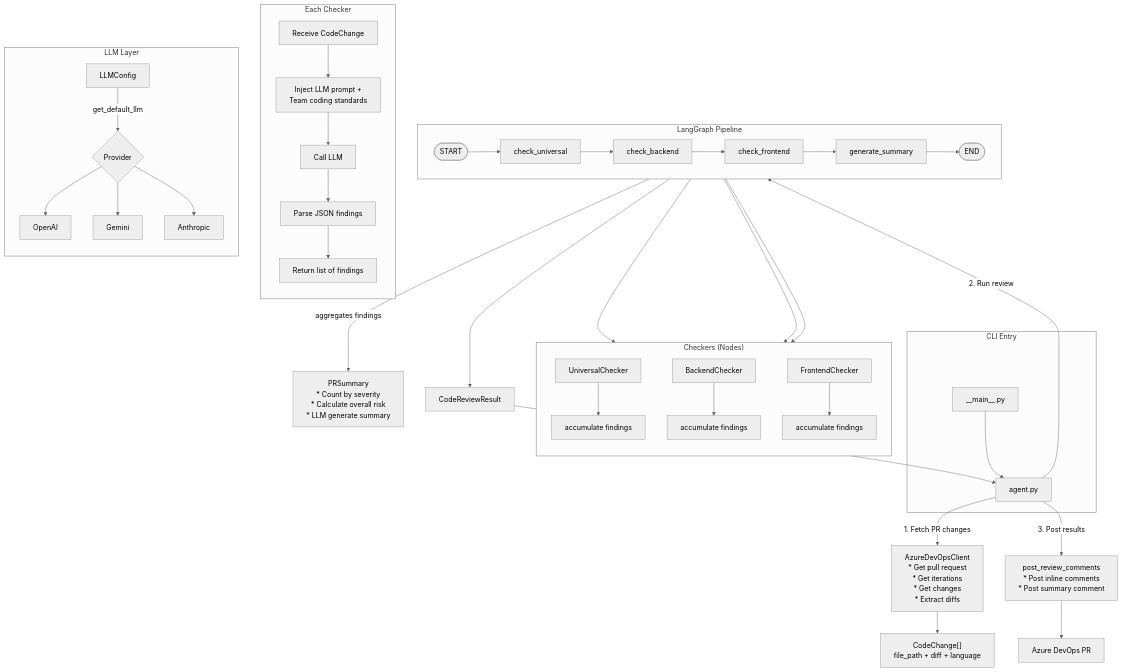
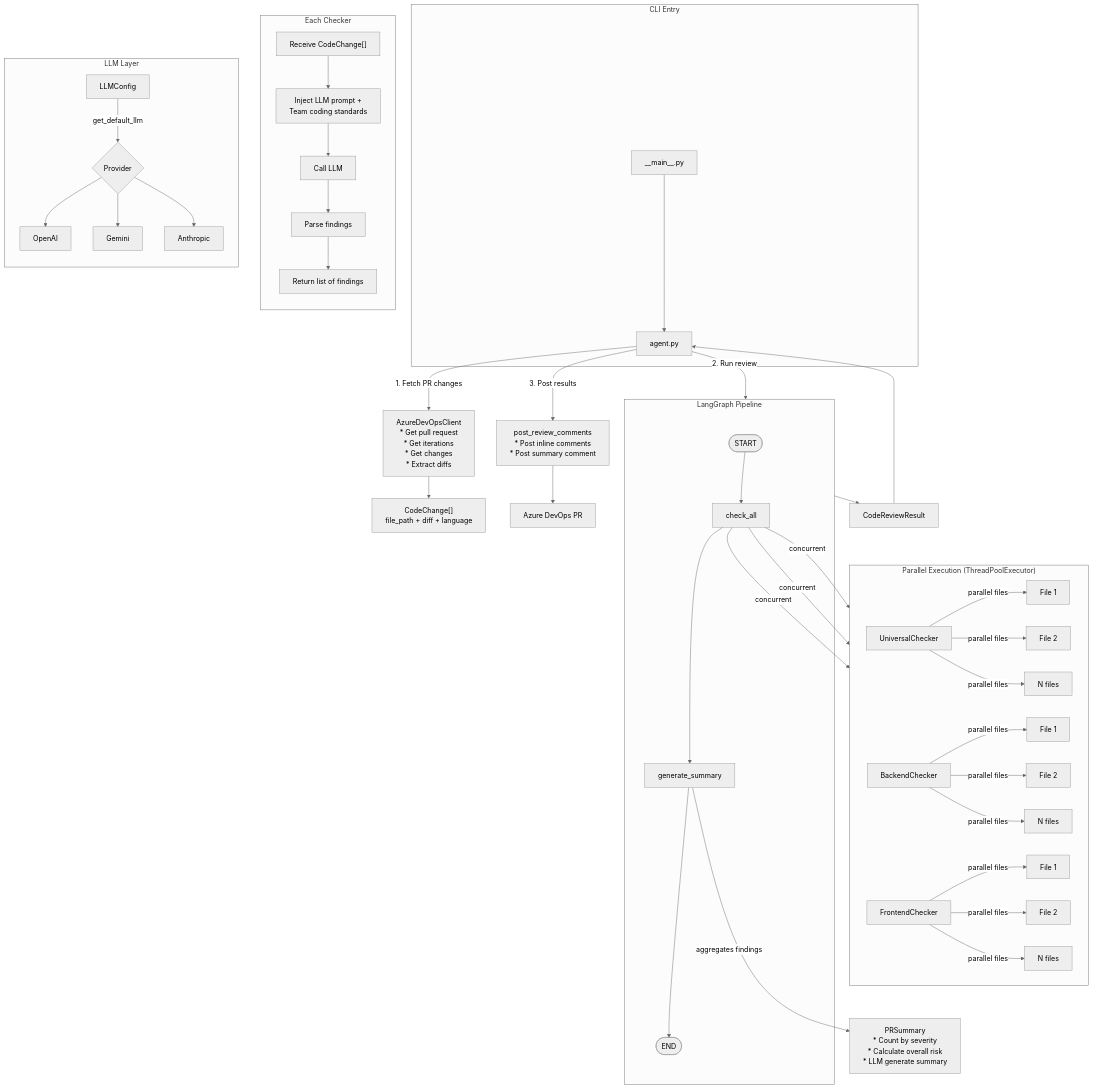
Before and after one commit to gaozhidf/code-review-agent: the second of 2 diagrams in README.md, drawn with Mermaid (neutral theme). The commit also changed other lines of this file and 1 other file, not shown here.

Commit message:
[update]update the workflow

````diff
--- a/README.md
+++ b/README.md
@@ -78,61 +78,70 @@
 ```mermaid
 flowchart TD
     subgraph Entry["CLI Entry"]
         __main__.py --> agent.py
     end
     
     agent.py -->|1. Fetch PR changes| Azure[AzureDevOpsClient
     * Get pull request
     * Get iterations
     * Get changes
     * Extract diffs]
     
     Azure --> Changes["CodeChange[]<br/>file_path + diff + language"]
     
     agent.py -->|2. Run review| LangGraph[CodeReviewGraph
     LangGraph State Machine]
     
     subgraph LangGraph["LangGraph Pipeline"]
-        direction LR
-        START([START]) --> check_universal
-        check_universal --> check_backend
-        check_backend --> check_frontend
-        check_frontend --> generate_summary
+        START([START]) --> check_all
+        check_all --> generate_summary
         generate_summary --> END([END])
     end
     
-    subgraph Checkers["Checkers (Nodes)"]
-        direction TB
-        check_universal --> UniversalChecker --> findings1[accumulate findings]
-        check_backend --> BackendChecker --> findings2[accumulate findings]
-        check_frontend --> FrontendChecker --> findings3[accumulate findings]
+    subgraph ParallelCheck["Parallel Execution (ThreadPoolExecutor)"]
+        direction LR
+        check_all -->|concurrent| Universal[UniversalChecker]
+        check_all -->|concurrent| Backend[BackendChecker]
+        check_all -->|concurrent| Frontend[FrontendChecker]
+        
+        Universal -->|parallel files| U1[File 1]
+        Universal -->|parallel files| U2[File 2]
+        Universal -->|parallel files| UN[N files]
+        
+        Backend -->|parallel files| B1[File 1]
+        Backend -->|parallel files| B2[File 2]
+        Backend -->|parallel files| BN[N files]
+        
+        Frontend -->|parallel files| F1[File 1]
+        Frontend -->|parallel files| F2[File 2]
+        Frontend -->|parallel files| FN[N files]
     end
     
     subgraph CheckerLogic["Each Checker"]
         direction TB
-        A["Receive CodeChange"] --> B["Inject LLM prompt +<br/>Team coding standards"] --> C[Call LLM] --> D["Parse JSON findings"] --> E["Return list of findings"]
+        L["Receive CodeChange[]"] --> M["Inject LLM prompt +<br/>Team coding standards"] --> N[Call LLM] --> O["Parse findings"] --> P["Return list of findings"]
     end
     
     subgraph LLM["LLM Layer"]
         direction TB
         LLMConfig -->|get_default_llm| Provider{Provider}
         Provider --> OpenAI
         Provider --> Gemini
         Provider --> Anthropic
     end
     
     generate_summary -->|aggregates findings| Summary[PRSummary
     * Count by severity
     * Calculate overall risk
     * LLM generate summary]
     
     LangGraph --> CodeReviewResult
     
     agent.py -->|3. Post results| Post[post_review_comments
     * Post inline comments
     * Post summary comment]
     
     Post --> AzureDevOps[Azure DevOps PR]
     
     CodeReviewResult --> agent.py
 ```
````
